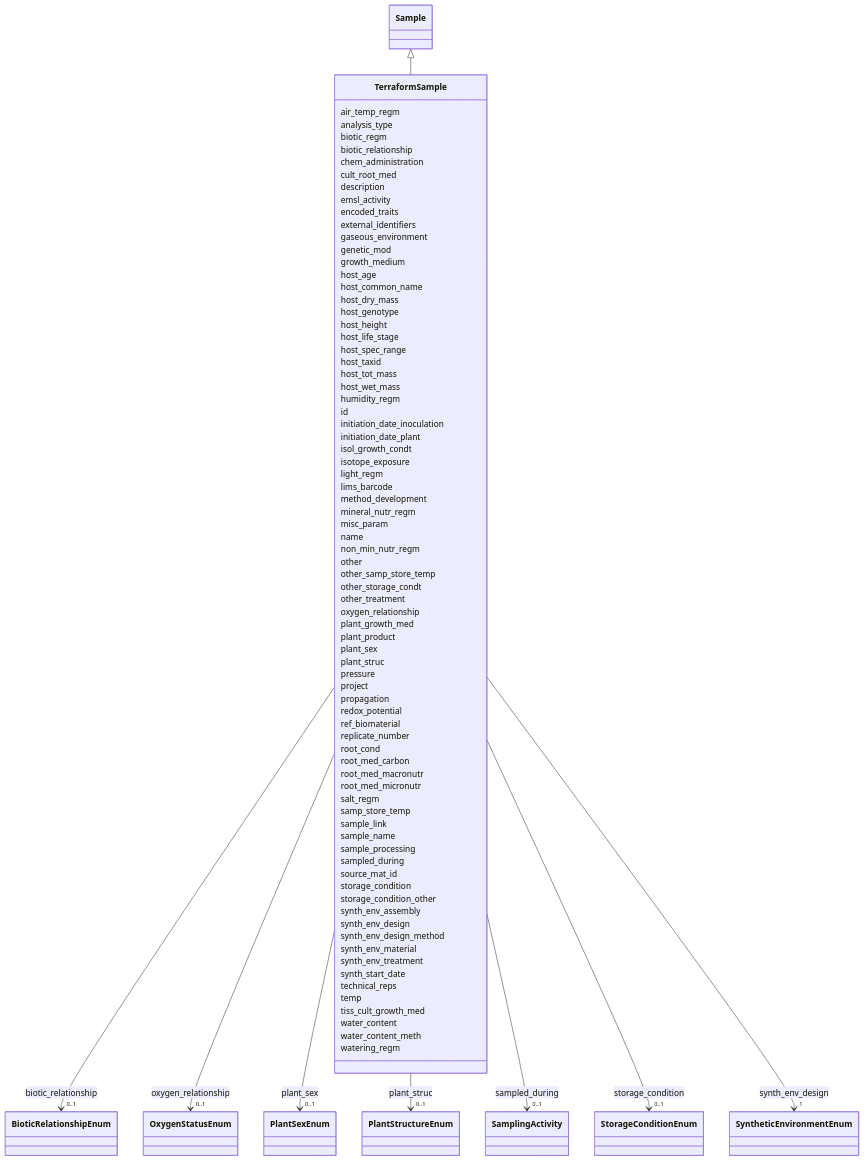
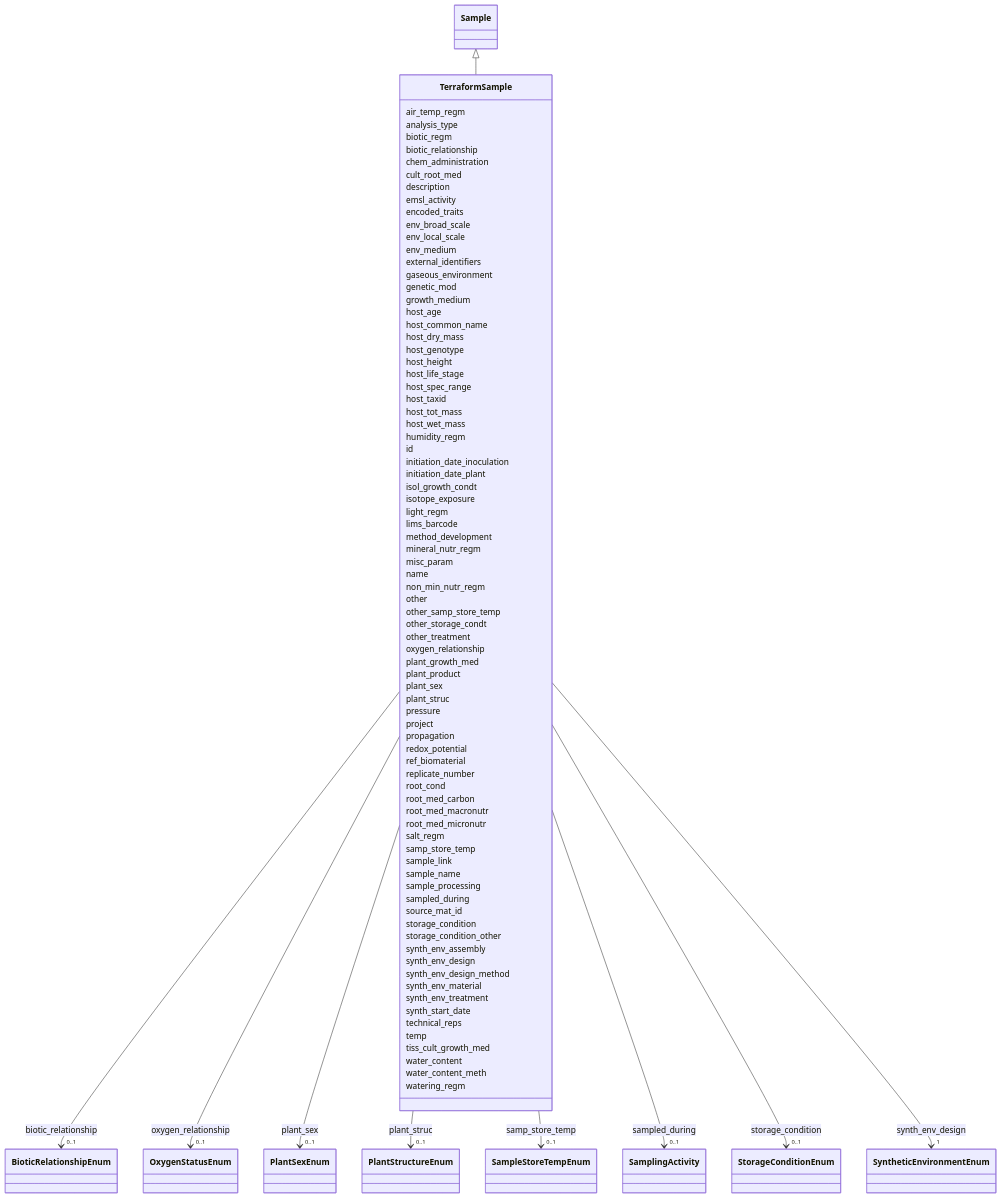
The diagram in docs/elements/TerraformSample.md (EMSL-Computing/BASALT-Schema), drawn with Mermaid before and after one commit. The commit also changed other lines of this file and 388 other files, not shown here.

```diff
--- a/docs/elements/TerraformSample.md
+++ b/docs/elements/TerraformSample.md
@@ -50,6 +50,12 @@
       TerraformSample : emsl_activity
         
       TerraformSample : encoded_traits
+        
+      TerraformSample : env_broad_scale
+        
+      TerraformSample : env_local_scale
+        
+      TerraformSample : env_medium
         
       TerraformSample : external_identifiers
         
@@ -185,6 +191,11 @@
           
     
     
+    
+    
+    TerraformSample --> "0..1" SampleStoreTempEnum : samp_store_temp
+    click SampleStoreTempEnum href "../SampleStoreTempEnum"
+    
 
         
       TerraformSample : sample_link
```
